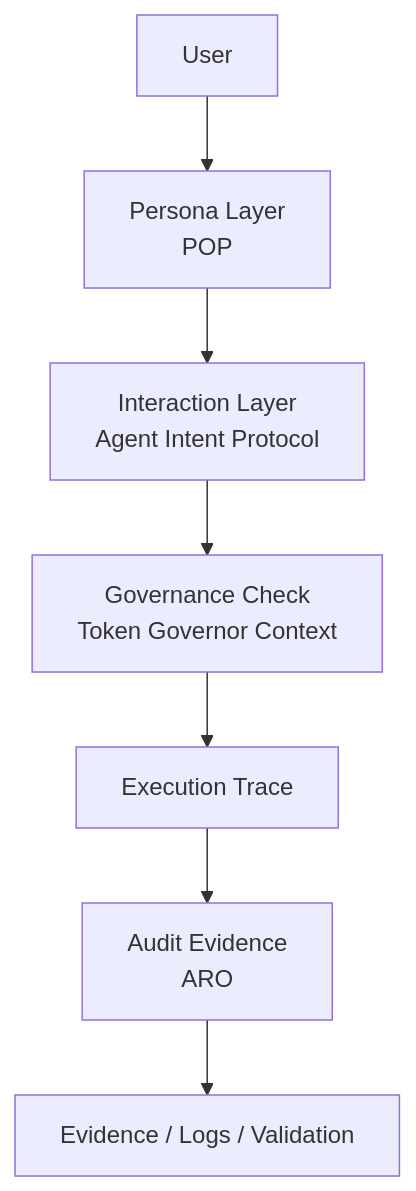
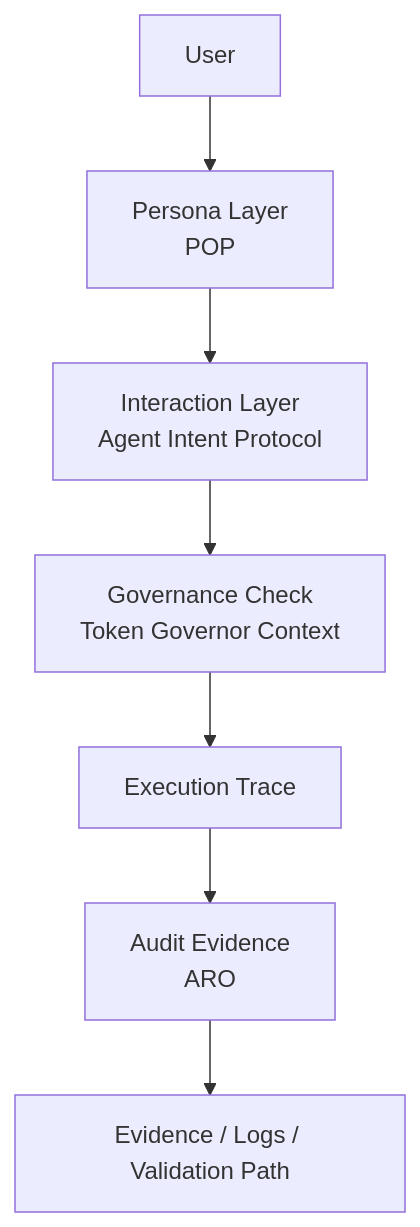
One commit to joy7758/verifiable-agent-demo changed the diagram in docs/figures/ai-agent-governance-stack.mmd. Above: the diagram before and after it, drawn with Mermaid.

Commit message:
docs: retrigger mermaid render validation path

```diff
--- a/docs/figures/ai-agent-governance-stack.mmd
+++ b/docs/figures/ai-agent-governance-stack.mmd
@@ -1,23 +1,23 @@
 flowchart TB
 
 User --> Persona
 
 Persona[Persona Layer<br>POP]
 
 Persona --> Interaction
 
 Interaction[Interaction Layer<br>Agent Intent Protocol]
 
 Interaction --> Governance
 
 Governance[Governance Check<br>Token Governor Context]
 
 Governance --> Trace
 
 Trace[Execution Trace]
 
 Trace --> Audit
 
 Audit[Audit Evidence<br>ARO]
 
-Audit --> Output[Evidence / Logs / Validation]
+Audit --> Output[Evidence / Logs / Validation Path]
```
